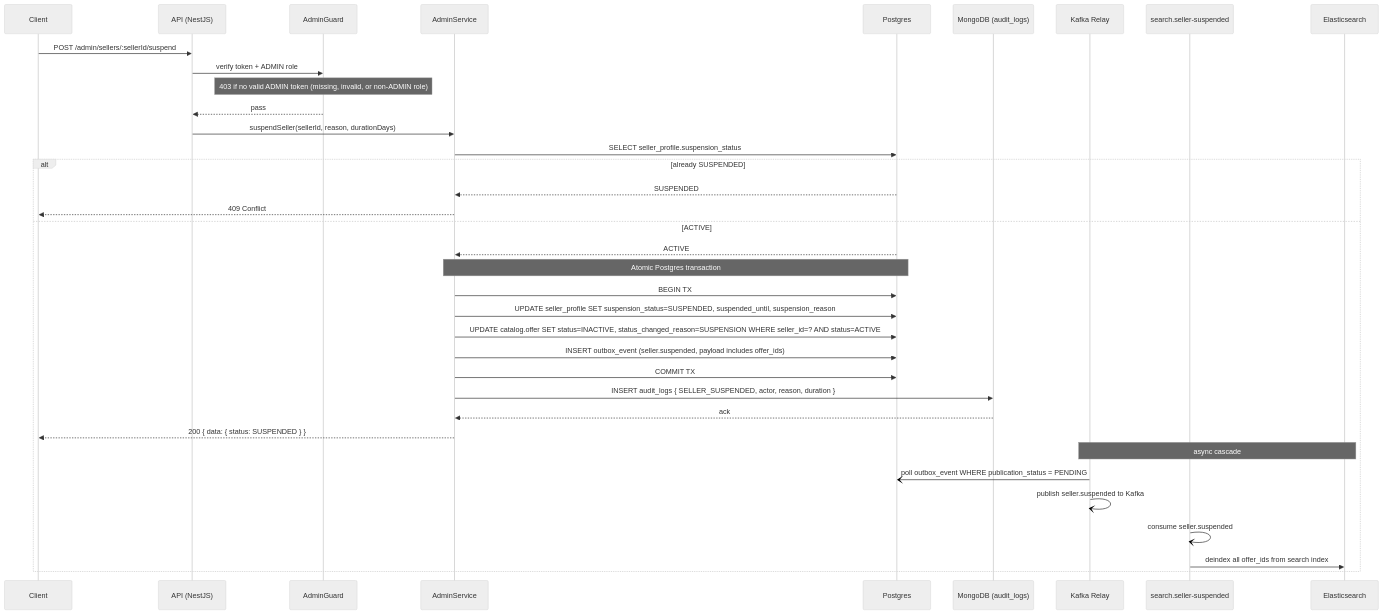
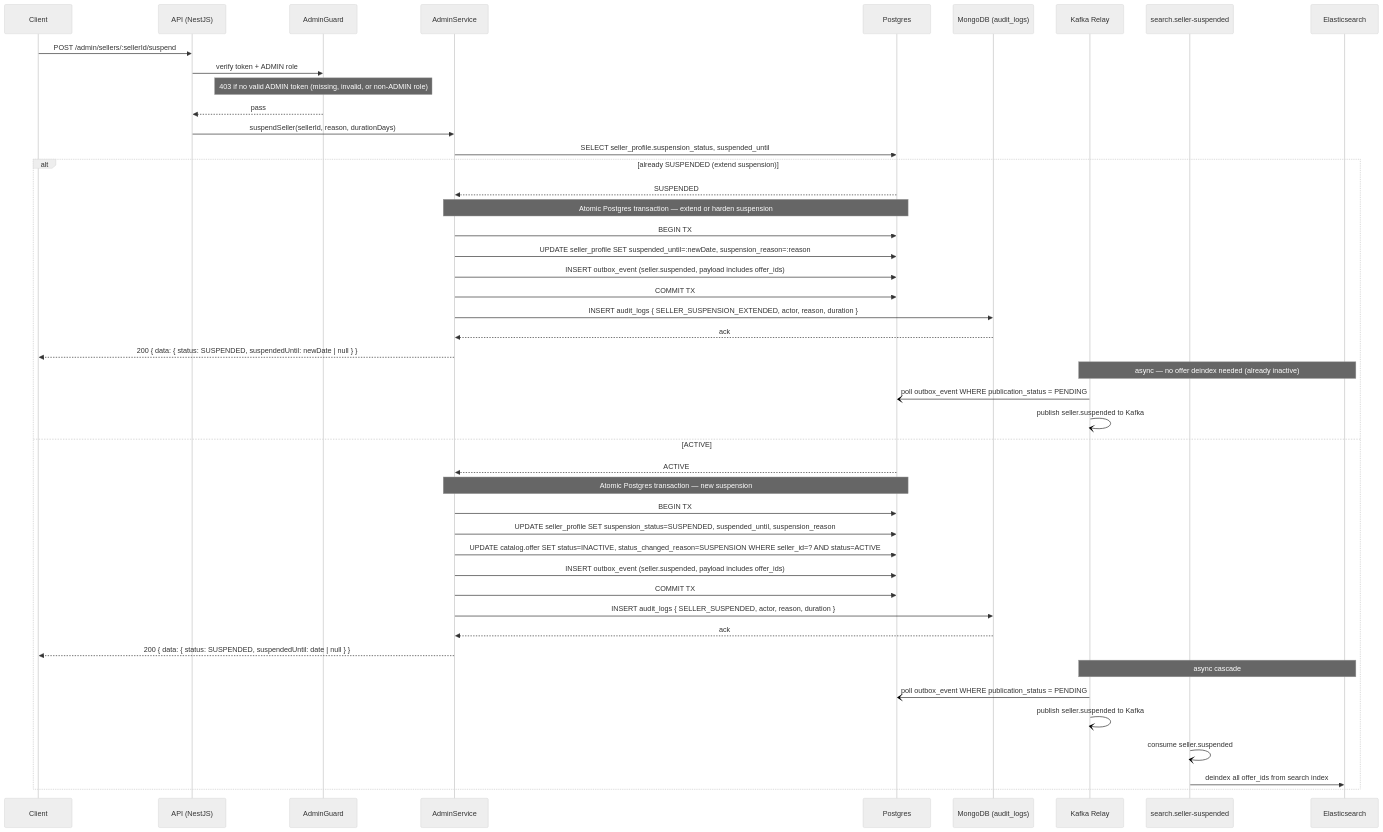
One commit to alisa-uthi/aliceut-ecom-document changed the sixth of 12 diagrams in phase-1/technical-design/api-design/admin.md. Above: the diagram before and after it, drawn with Mermaid (neutral theme). The commit also changed other lines of this file and 19 other files, not shown here.

````diff
--- a/phase-1/technical-design/api-design/admin.md
+++ b/phase-1/technical-design/api-design/admin.md
@@ -337,39 +338,49 @@
 ```mermaid
 sequenceDiagram
     participant C as Client
     participant API as API (NestJS)
     participant G as AdminGuard
     participant S as AdminService
     participant PG as Postgres
     participant MDB as MongoDB (audit_logs)
     participant Relay as Kafka Relay
     participant SC as search.seller-suspended
     participant ES as Elasticsearch
 
     C->>API: POST /admin/sellers/:sellerId/suspend
     API->>G: verify token + ADMIN role
     Note over G: 403 if no valid ADMIN token (missing, invalid, or non-ADMIN role)
     G-->>API: pass
     API->>S: suspendSeller(sellerId, reason, durationDays)
-    S->>PG: SELECT seller_profile.suspension_status
-    alt already SUSPENDED
+    S->>PG: SELECT seller_profile.suspension_status, suspended_until
+    alt already SUSPENDED (extend suspension)
         PG-->>S: SUSPENDED
-        S-->>C: 409 Conflict
+        Note over S,PG: Atomic Postgres transaction — extend or harden suspension
+        S->>PG: BEGIN TX
+        S->>PG: UPDATE seller_profile SET suspended_until=:newDate, suspension_reason=:reason
+        S->>PG: INSERT outbox_event (seller.suspended, payload includes offer_ids)
+        S->>PG: COMMIT TX
+        S->>MDB: INSERT audit_logs { SELLER_SUSPENSION_EXTENDED, actor, reason, duration }
+        MDB-->>S: ack
+        S-->>C: 200 { data: { status: SUSPENDED, suspendedUntil: newDate | null } }
+        Note over Relay,ES: async — no offer deindex needed (already inactive)
+        Relay-)PG: poll outbox_event WHERE publication_status = PENDING
+        Relay-)Relay: publish seller.suspended to Kafka
     else ACTIVE
         PG-->>S: ACTIVE
-        Note over S,PG: Atomic Postgres transaction
+        Note over S,PG: Atomic Postgres transaction — new suspension
         S->>PG: BEGIN TX
         S->>PG: UPDATE seller_profile SET suspension_status=SUSPENDED, suspended_until, suspension_reason
         S->>PG: UPDATE catalog.offer SET status=INACTIVE, status_changed_reason=SUSPENSION WHERE seller_id=? AND status=ACTIVE
         S->>PG: INSERT outbox_event (seller.suspended, payload includes offer_ids)
         S->>PG: COMMIT TX
         S->>MDB: INSERT audit_logs { SELLER_SUSPENDED, actor, reason, duration }
         MDB-->>S: ack
-        S-->>C: 200 { data: { status: SUSPENDED } }
+        S-->>C: 200 { data: { status: SUSPENDED, suspendedUntil: date | null } }
         Note over Relay,ES: async cascade
         Relay-)PG: poll outbox_event WHERE publication_status = PENDING
         Relay-)Relay: publish seller.suspended to Kafka
         SC-)SC: consume seller.suspended
         SC->>ES: deindex all offer_ids from search index
     end
 ```
````
